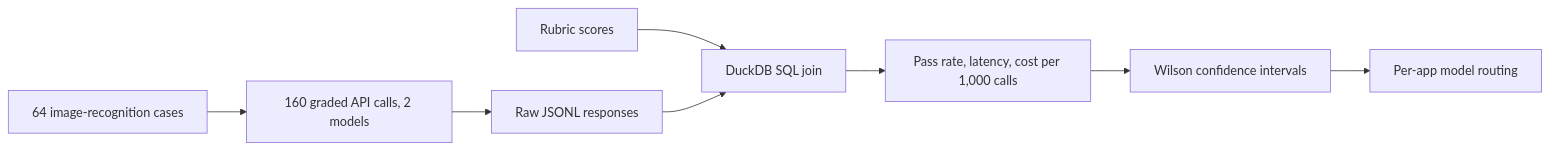
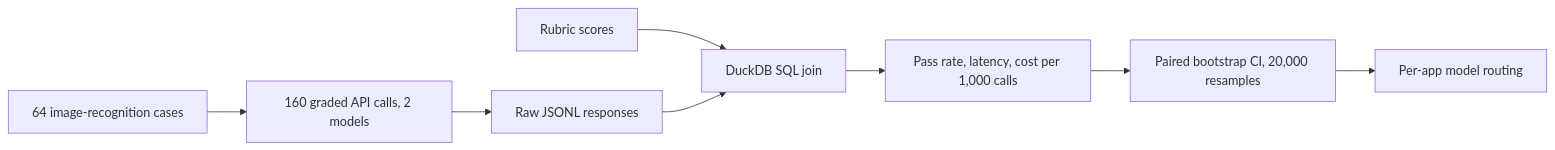
The diagram in README.md (TechVoyagerr/vision-llm-eval), drawn with Mermaid before and after one commit. The commit also changed other lines of this file, not shown here.

````diff
--- a/README.md
+++ b/README.md
@@ -15,10 +15,10 @@
 ```mermaid
 flowchart LR
   CASES[64 image-recognition cases] --> CALLS[160 graded API calls, 2 models]
   CALLS --> JSONL[Raw JSONL responses]
   RUB[Rubric scores] --> SQL
   JSONL --> SQL[DuckDB SQL join]
   SQL --> STATS[Pass rate, latency, cost per 1,000 calls]
-  STATS --> CI[Wilson confidence intervals]
+  STATS --> CI[Paired bootstrap CI, 20,000 resamples]
   CI --> ROUTE[Per-app model routing]
 ```
````
